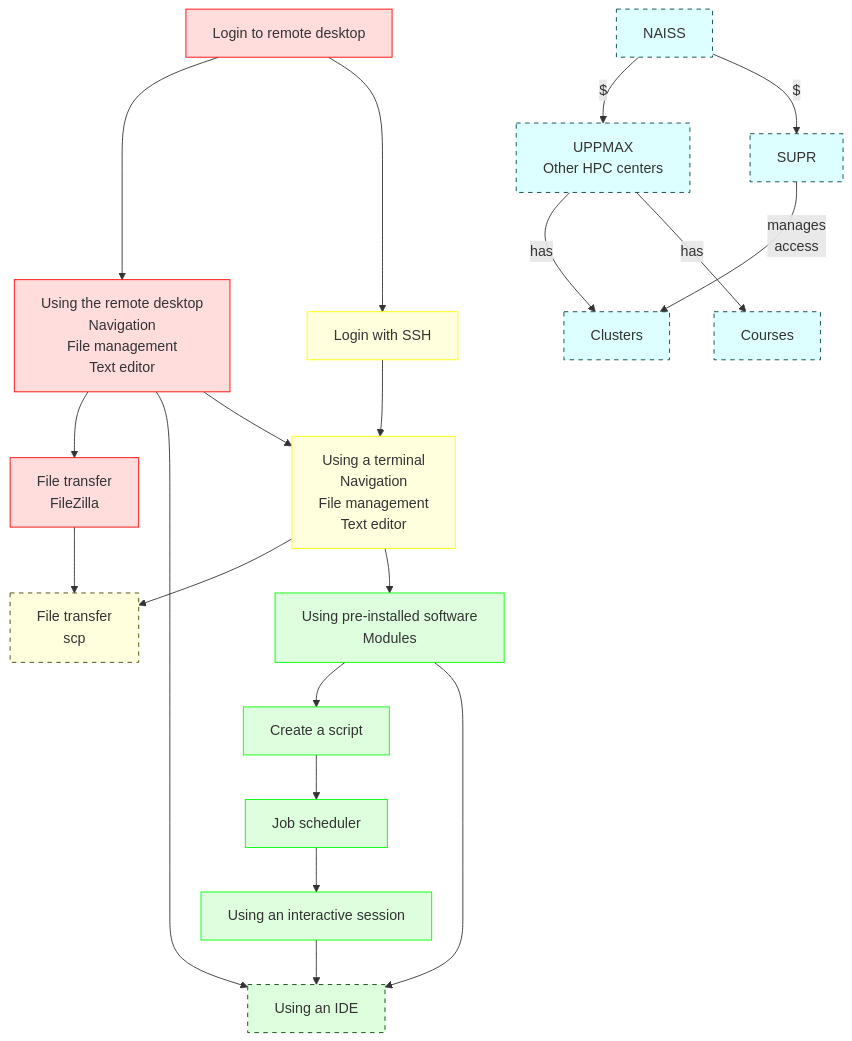
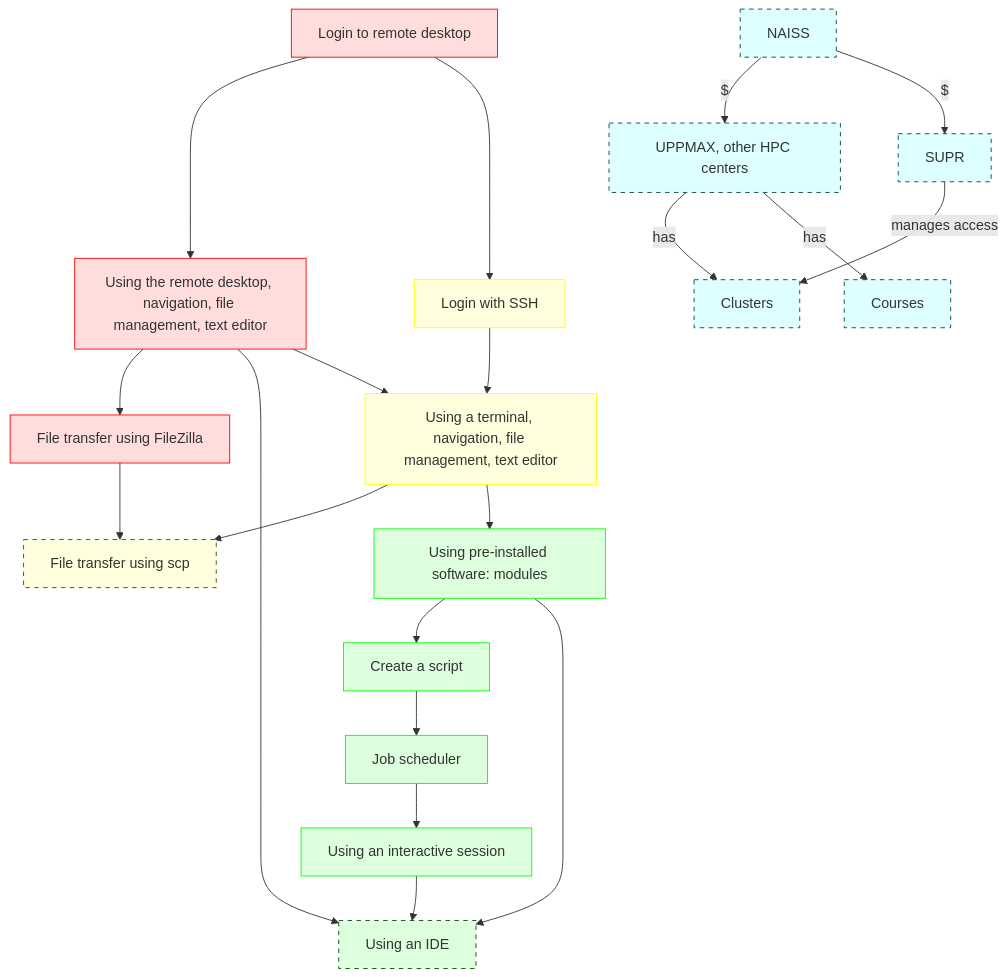
The diagram in docs/overviews/uppmax_intro_day_1.md (UPPMAX/uppmax_intro_day_1), drawn with Mermaid before and after one commit. The commit also changed 2 other files, not shown here.

````diff
--- a/docs/overviews/uppmax_intro_day_1.md
+++ b/docs/overviews/uppmax_intro_day_1.md
@@ -6,66 +6,66 @@
 ```mermaid
 flowchart TD
 
   classDef basic_gui fill:#fdd, stroke:#f00
   classDef basic_terminal fill:#ffd, stroke:#ff0
   classDef real_work fill:#dfd, stroke:#0f0
   classDef bigger_picture fill:#dff, stroke:#044, stroke-dasharray: 5 5
 
   classDef basic_terminal_maybe_not fill:#ffd, stroke:#440, stroke-dasharray: 5 5
   classDef real_work_maybe_not_node fill:#dfd, stroke:#040, stroke-dasharray: 5 5
 
   %% subgraph remote_desktop[Remote desktop environment]
     login_remote_desktop[Login to remote desktop]:::basic_gui
-    use_remote_desktop[Using the remote desktop\nNavigation\nFile management\nText editor]:::basic_gui
-    file_transfer_filezilla[File transfer\nFileZilla]:::basic_gui
+    use_remote_desktop[Using the remote desktop, navigation, file management, text editor]:::basic_gui
+    file_transfer_filezilla[File transfer using FileZilla]:::basic_gui
     use_ide[Using an IDE]:::real_work_maybe_not_node
   %% end
   %% subgraph console[Console environment]
     login_ssh[Login with SSH]:::basic_terminal
-    use_terminal[Using a terminal\nNavigation\nFile management\nText editor]:::basic_terminal
-    file_transfer_scp[File transfer\nscp]:::basic_terminal_maybe_not
+    use_terminal[Using a terminal, navigation, file management, text editor]:::basic_terminal
+    file_transfer_scp[File transfer using scp]:::basic_terminal_maybe_not
     scripts[Create a script]:::real_work
-    modules[Using pre-installed software\nModules]:::real_work
+    modules[Using pre-installed software: modules]:::real_work
     interactive[Using an interactive session]:::real_work
     job_scheduler[Job scheduler]:::real_work
   %% end
 
   %% subgraph world[The bigger picture]
     naiss[NAISS]:::bigger_picture
     supr[SUPR]:::bigger_picture
-    uppmax[UPPMAX\nOther HPC centers]:::bigger_picture
+    uppmax[UPPMAX, other HPC centers]:::bigger_picture
     clusters[Clusters]:::bigger_picture
     courses[Courses]:::bigger_picture
   %% end
 
   %% Bigger picture
-  supr --> |manages\naccess| clusters
+  supr --> |manages access| clusters
   naiss --> |$| uppmax
   naiss --> |$| supr
   uppmax --> |has| clusters
   uppmax --> |has| courses
 
 
   %% GUI
   login_remote_desktop ---> use_remote_desktop
   use_remote_desktop --> file_transfer_filezilla
   use_remote_desktop --> use_ide
 
   %% Console
   login_ssh --> use_terminal
   use_terminal --> file_transfer_scp
   use_terminal --> modules
   scripts --> job_scheduler
   modules --> scripts
   job_scheduler --> interactive
 
   %% console -> GUI
   modules --> use_ide
   
 
   %% GUI -> console
   login_remote_desktop --> login_ssh
   use_remote_desktop --> use_terminal
   file_transfer_filezilla --> file_transfer_scp  
   interactive --> use_ide
 ```
````
